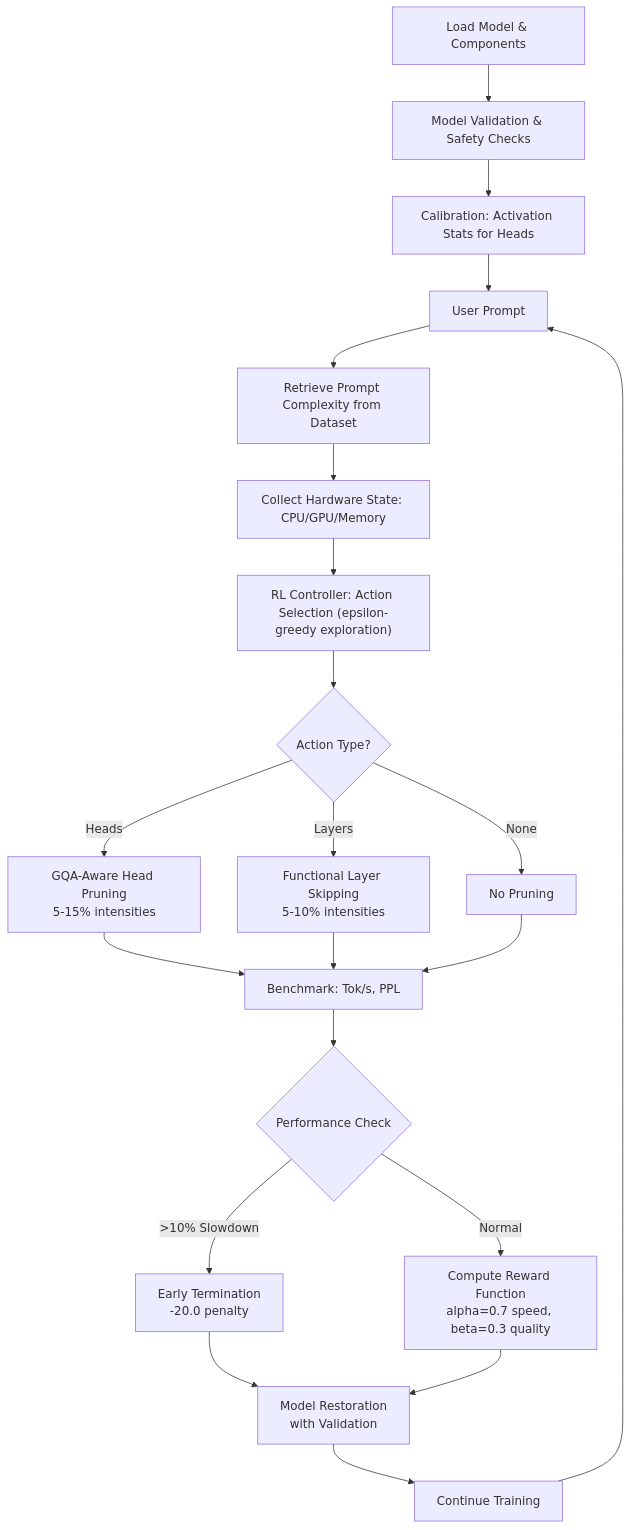
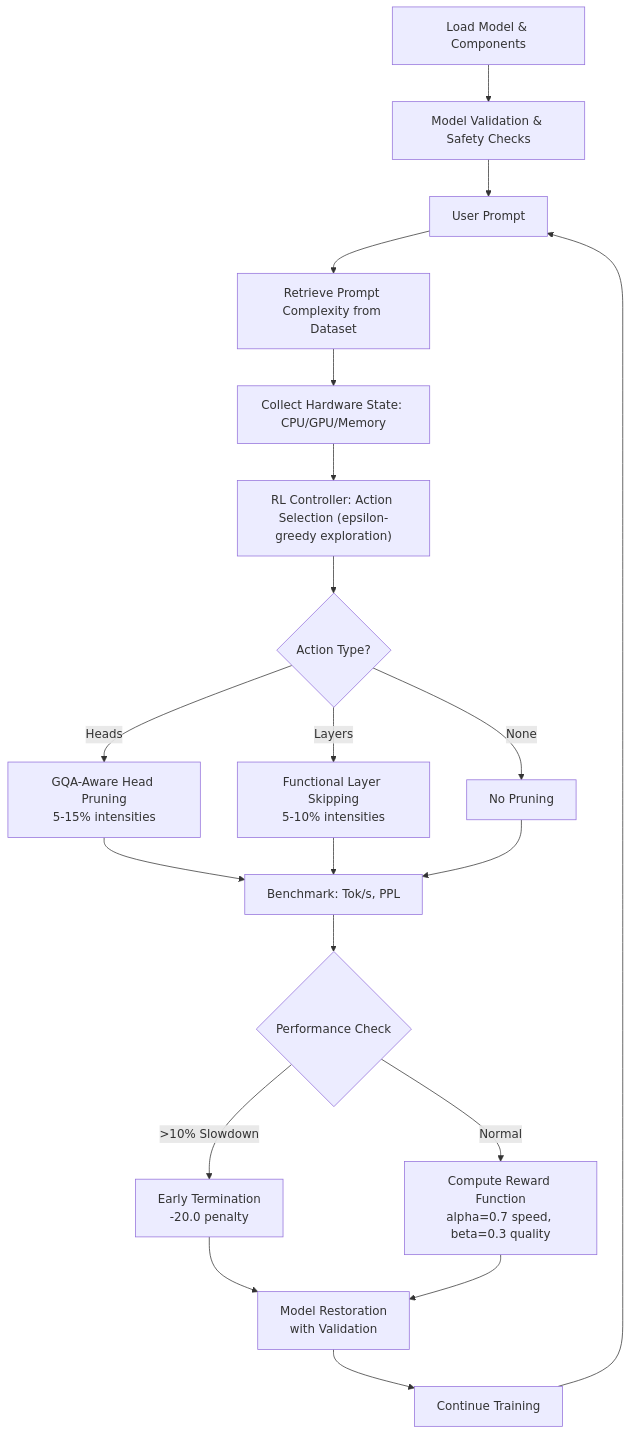
The second of 4 diagrams in README.md (asief-iqbal/Thesis), drawn with Mermaid before and after one commit.

````diff
--- a/README.md
+++ b/README.md
@@ -268,24 +268,23 @@
 ```mermaid
 flowchart TD
     A["Load Model & Components"] --> B["Model Validation & Safety Checks"]
-    B --> C["Calibration: Activation Stats for Heads"]
-    C --> D["User Prompt"]
+    B --> D["User Prompt"]
     D --> E["Retrieve Prompt Complexity from Dataset"]
     E --> F["Collect Hardware State: CPU/GPU/Memory"]
     F --> G["RL Controller: Action Selection (epsilon-greedy exploration)"]
     G --> H{Action Type?}
     H -->|"Heads"| I["GQA-Aware Head Pruning<br/>5-15% intensities"]
     H -->|"Layers"| J["Functional Layer Skipping<br/>5-10% intensities"]
     H -->|"None"| K["No Pruning"]
     I --> M["Benchmark: Tok/s, PPL"]
     J --> M
     K --> M
     M --> N{Performance Check}
     N -->|">10% Slowdown"| O["Early Termination<br/>-20.0 penalty"]
     N -->|"Normal"| P["Compute Reward Function<br/>alpha=0.7 speed, beta=0.3 quality"]
     O --> Q["Model Restoration<br/>with Validation"]
     P --> Q
     Q --> R["Continue Training"]
     R --> D
 
 ```
````
